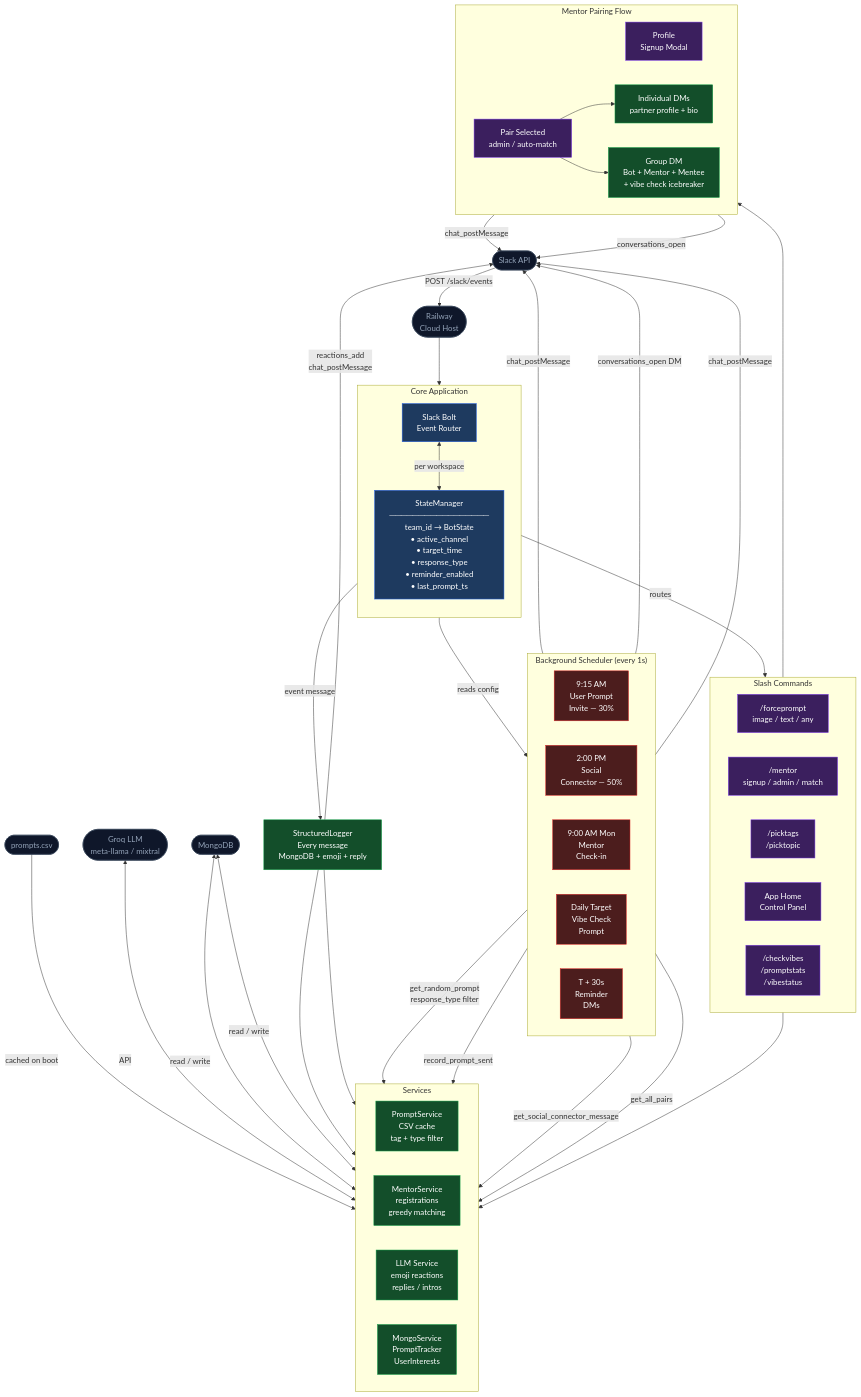
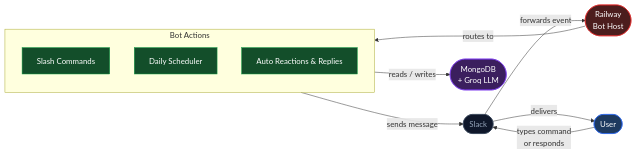
One commit to Capstone-Projects-2026-spring/project-bereal-chatbot changed the diagram in documentation/docs/requirements/system-block-diagram.md. Above: the diagram before and after it, drawn with Mermaid.

Commit message:
Simplify system block diagram to high-level overview

````diff
--- a/documentation/docs/requirements/system-block-diagram.md
+++ b/documentation/docs/requirements/system-block-diagram.md
@@ -11,94 +11,30 @@
 ```mermaid
-flowchart TD
+flowchart LR
+    classDef user fill:#1E3A5F,stroke:#2563EB,color:#fff
     classDef ext fill:#0F172A,stroke:#334155,color:#94A3B8
-    classDef http fill:#1E3A5F,stroke:#2563EB,color:#fff
-    classDef state fill:#1E3A5F,stroke:#2563EB,color:#fff
-    classDef cmd fill:#3B1F5E,stroke:#7C3AED,color:#fff
-    classDef svc fill:#134E2A,stroke:#16A34A,color:#fff
-    classDef sched fill:#4C1D1D,stroke:#DC2626,color:#fff
-    classDef data fill:#1C1917,stroke:#78716C,color:#A8A29E
+    classDef bot fill:#4C1D1D,stroke:#DC2626,color:#fff
+    classDef cmd fill:#134E2A,stroke:#16A34A,color:#fff
+    classDef data fill:#3B1F5E,stroke:#7C3AED,color:#fff
 
-    SLACK(["Slack API"]):::ext
-    MONGO(["MongoDB"]):::ext
-    GROQ(["Groq LLM\nmeta-llama / mixtral"]):::ext
-    CSV(["prompts.csv"]):::ext
-    RAILWAY(["Railway\nCloud Host"]):::ext
+    U(["User"]):::user
+    U -->|"types command\nor responds"| SL
 
-    SLACK -->|"POST /slack/events"| RAILWAY
-    RAILWAY --> BOLT
+    SL(["Slack"]):::ext
+    SL -->|"forwards event"| RW
 
-    subgraph CORE["Core Application"]
+    RW(["Railway\nBot Host"]):::bot
+    RW -->|"routes to"| CMD
+
+    subgraph CMD["Bot Actions"]
         direction TB
-
-        BOLT["Slack Bolt\nEvent Router"]:::http
-
-        SM["StateManager\n─────────────────\nteam_id → BotState\n• active_channel\n• target_time\n• response_type\n• reminder_enabled\n• last_prompt_ts"]:::state
-
-        BOLT <-->|"per workspace"| SM
+        C1["Slash Commands"]:::cmd
+        C2["Daily Scheduler"]:::cmd
+        C3["Auto Reactions & Replies"]:::cmd
     end
 
-    subgraph CMDS["Slash Commands"]
-        direction LR
-        C1["/forceprompt\nimage / text / any"]:::cmd
-        C2["/mentor\nsignup / admin / match"]:::cmd
-        C3["/picktags\n/picktopic"]:::cmd
-        C4["App Home\nControl Panel"]:::cmd
-        C5["/checkvibes\n/promptstats\n/vibestatus"]:::cmd
-    end
+    CMD -->|"reads / writes"| DB
+    CMD -->|"sends message"| SL
+    SL -->|"delivers"| U
 
-    BOLT -->|"routes"| CMDS
-
-    subgraph SVCS["Services"]
-        direction LR
-        PS["PromptService\nCSV cache\ntag + type filter"]:::svc
-        MS["MentorService\nregistrations\ngreedy matching"]:::svc
-        LS["LLM Service\nemoji reactions\nreplies / intros"]:::svc
-        MGS["MongoService\nPromptTracker\nUserInterests"]:::svc
-    end
-
-    CSV -->|"cached on boot"| PS
-    GROQ <-->|"API"| LS
-    MONGO <-->|"read / write"| MS
-    MONGO <-->|"read / write"| MGS
-
-    CMDS --> SVCS
-
-    subgraph SCHED["Background Scheduler  (every 1s)"]
-        direction LR
-        S1["9:15 AM\nUser Prompt\nInvite — 30%"]:::sched
-        S2["2:00 PM\nSocial\nConnector — 50%"]:::sched
-        S3["9:00 AM Mon\nMentor\nCheck-in"]:::sched
-        S4["Daily Target\nVibe Check\nPrompt"]:::sched
-        S5["T + 30s\nReminder\nDMs"]:::sched
-    end
-
-    SM -->|"reads config"| SCHED
-    S4 -->|"get_random_prompt\nresponse_type filter"| PS
-    S4 -->|"record_prompt_sent"| MGS
-    S2 -->|"get_social_connector_message"| LS
-    S3 -->|"get_all_pairs"| MS
-
-    LOG["StructuredLogger\nEvery message\nMongoDB + emoji + reply"]:::svc
-    BOLT -->|"event message"| LOG
-    LOG --> LS
-    LOG --> MGS
-
-    subgraph MFLOW["Mentor Pairing Flow"]
-        direction LR
-        MR["Profile\nSignup Modal"]:::cmd
-        MP["Pair Selected\nadmin / auto-match"]:::cmd
-        DM1["Individual DMs\npartner profile + bio"]:::svc
-        GDM["Group DM\nBot + Mentor + Mentee\n+ vibe check icebreaker"]:::svc
-    end
-
-    C2 --> MFLOW
-    MP --> DM1
-    MP --> GDM
-
-    DM1 -->|"chat_postMessage"| SLACK
-    GDM -->|"conversations_open"| SLACK
-    S4 -->|"chat_postMessage"| SLACK
-    S5 -->|"conversations_open DM"| SLACK
-    S2 -->|"chat_postMessage"| SLACK
-    LOG -->|"reactions_add\nchat_postMessage"| SLACK
+    DB(["MongoDB\n+ Groq LLM"]):::data
 ```
````
